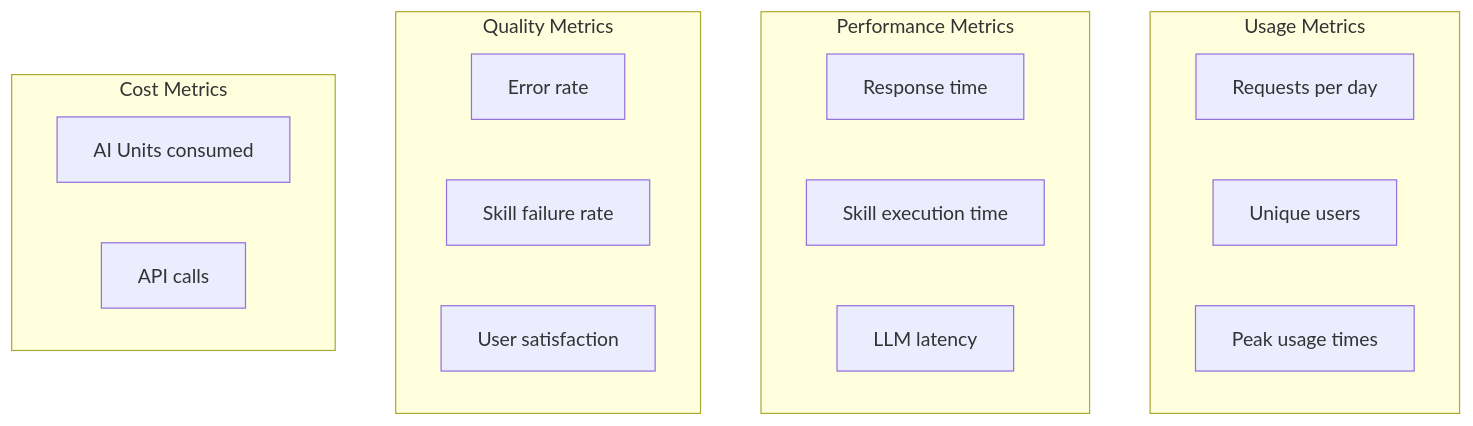
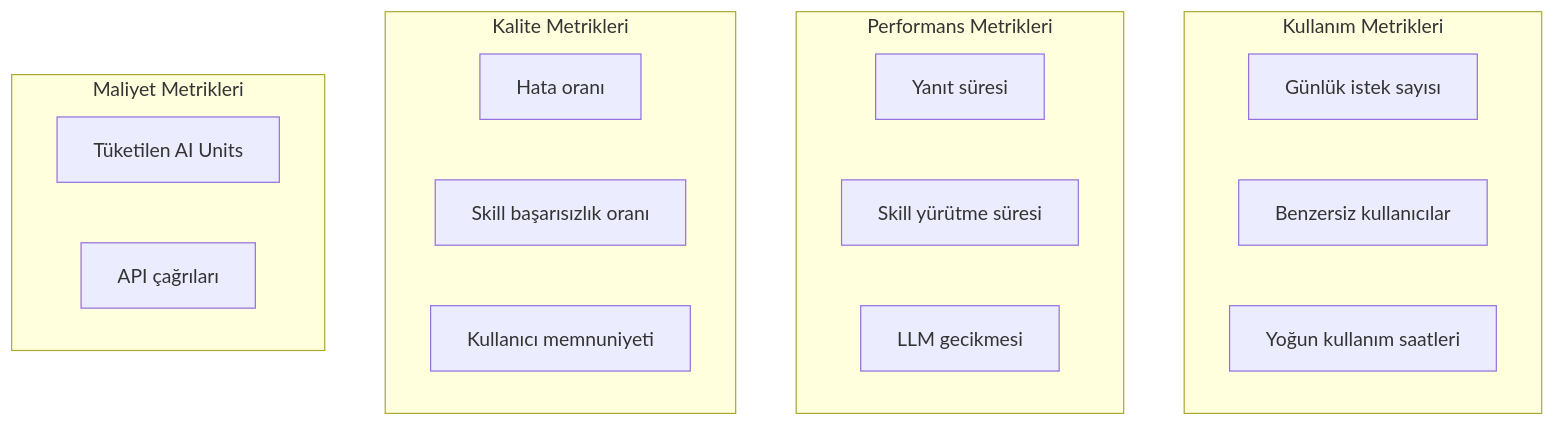
Before and after one commit to beyhanmeyrali/sap-all: the ninth of 9 diagrams in Technical Tutorials/BTP/TR/chapters/11-agent-lifecycle.md, drawn with Mermaid. The commit also changed other lines of this file and 11 other files, not shown here.

````diff
--- a/Technical Tutorials/BTP/TR/chapters/11-agent-lifecycle.md
+++ b/Technical Tutorials/BTP/TR/chapters/11-agent-lifecycle.md
@@ -433,25 +433,25 @@
 ```mermaid
 graph TD
-    subgraph "Usage Metrics"
-        M1[Requests per day]
-        M2[Unique users]
-        M3[Peak usage times]
+    subgraph "Kullanım Metrikleri"
+        M1[Günlük istek sayısı]
+        M2[Benzersiz kullanıcılar]
+        M3[Yoğun kullanım saatleri]
     end
 
-    subgraph "Performance Metrics"
-        M4[Response time]
-        M5[Skill execution time]
-        M6[LLM latency]
+    subgraph "Performans Metrikleri"
+        M4[Yanıt süresi]
+        M5[Skill yürütme süresi]
+        M6[LLM gecikmesi]
     end
 
-    subgraph "Quality Metrics"
-        M7[Error rate]
-        M8[Skill failure rate]
-        M9[User satisfaction]
+    subgraph "Kalite Metrikleri"
+        M7[Hata oranı]
+        M8[Skill başarısızlık oranı]
+        M9[Kullanıcı memnuniyeti]
     end
 
-    subgraph "Cost Metrics"
-        M10[AI Units consumed]
-        M11[API calls]
+    subgraph "Maliyet Metrikleri"
+        M10[Tüketilen AI Units]
+        M11[API çağrıları]
     end
 ```
````
